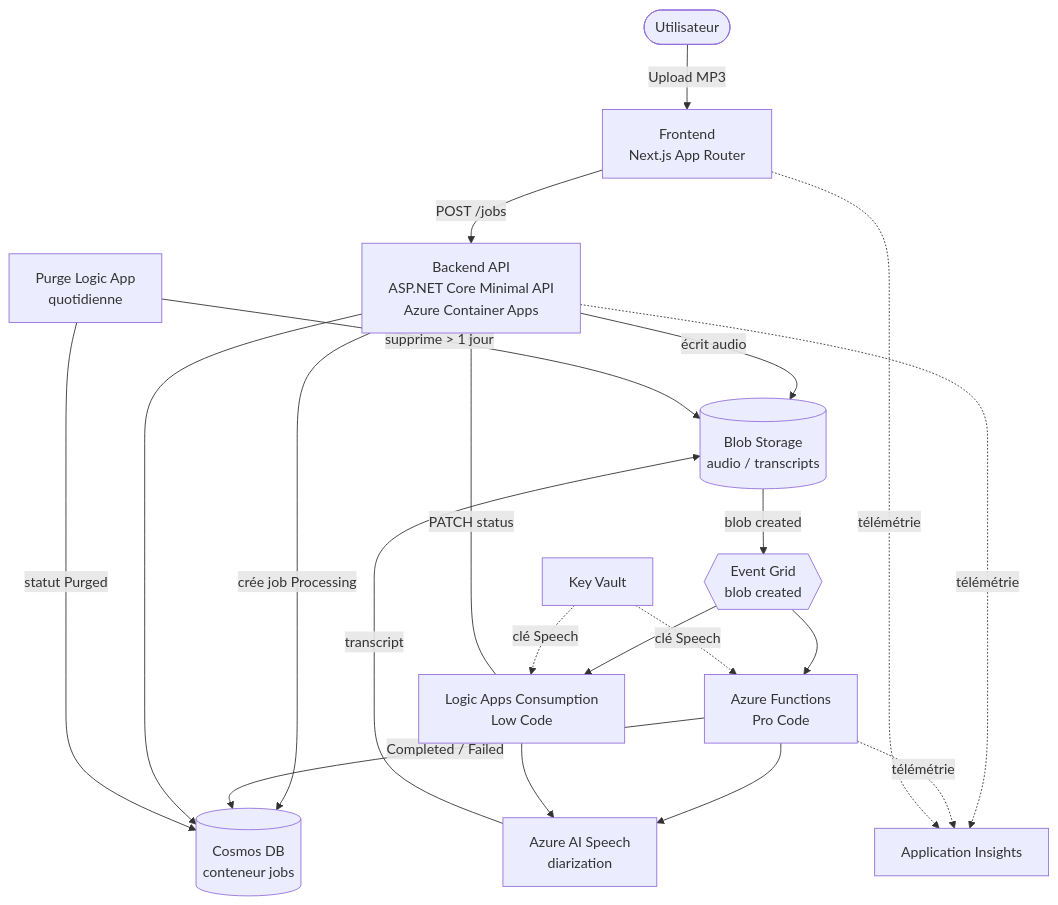
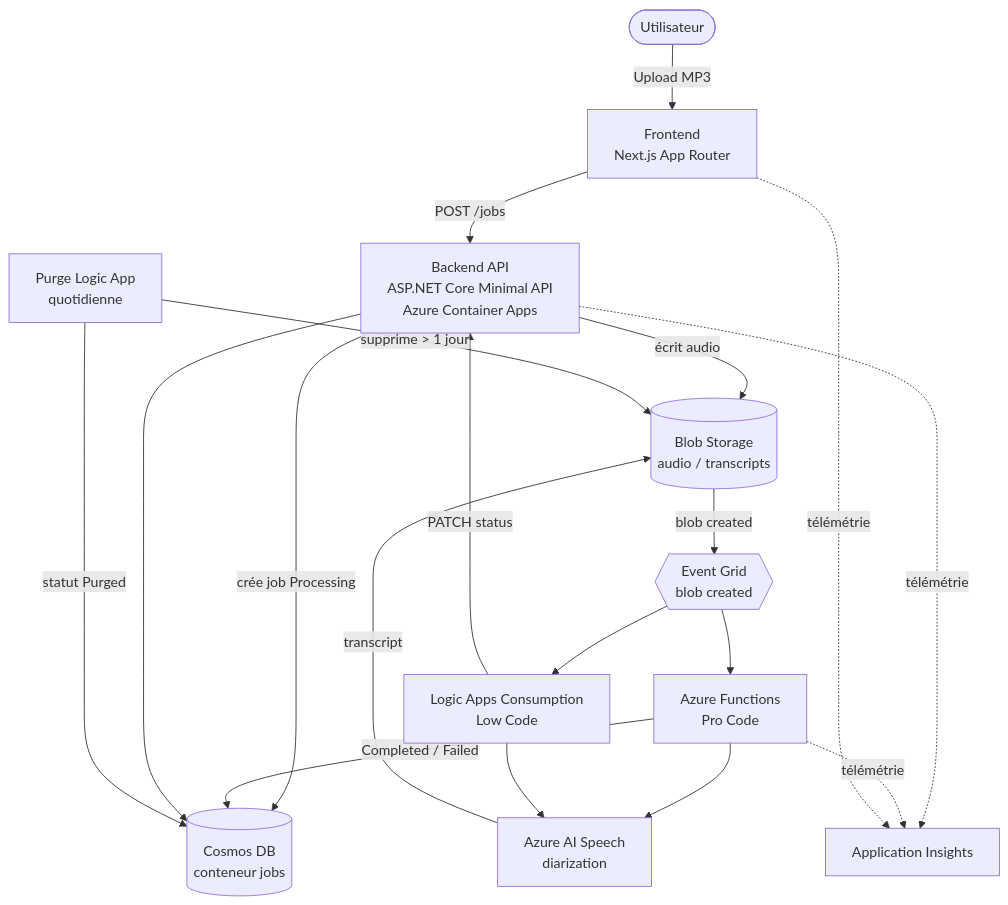
The first of 3 diagrams in docs/architecture.md (frkim/Transcrib-S2T), drawn with Mermaid before and after one commit. The commit also changed other lines of this file and 16 other files, not shown here.

First line of the commit message:
Switch Azure AI Speech to Managed Identity auth and remove Key Vault

````diff
--- a/docs/architecture.md
+++ b/docs/architecture.md
@@ -16,36 +16,33 @@
 ```mermaid
 flowchart TD
     User([Utilisateur])
     FE[Frontend<br/>Next.js App Router]
     API[Backend API<br/>ASP.NET Core Minimal API<br/>Azure Container Apps]
     Blob[(Blob Storage<br/>audio / transcripts)]
     Cosmos[(Cosmos DB<br/>conteneur jobs)]
     EG{{Event Grid<br/>blob created}}
     Fn[Azure Functions<br/>Pro Code]
     LA[Logic Apps Consumption<br/>Low Code]
     Speech[Azure AI Speech<br/>diarization]
-    KV[Key Vault]
     AI[Application Insights]
     Purge[Purge Logic App<br/>quotidienne]
 
     User -->|Upload MP3| FE
     FE -->|POST /jobs| API
     API -->|écrit audio| Blob
     API -->|crée job Processing| Cosmos
     Blob -->|blob created| EG
     EG --> Fn
     EG --> LA
     Fn --> Speech
     LA --> Speech
     Speech -->|transcript| Blob
     Fn -->|Completed / Failed| Cosmos
     LA -->|PATCH status| API
     API --> Cosmos
     Purge -->|supprime > 1 jour| Blob
     Purge -->|statut Purged| Cosmos
-    KV -.clé Speech.-> Fn
-    KV -.clé Speech.-> LA
     API -.télémétrie.-> AI
     Fn -.télémétrie.-> AI
     FE -.télémétrie.-> AI
 ```
````
